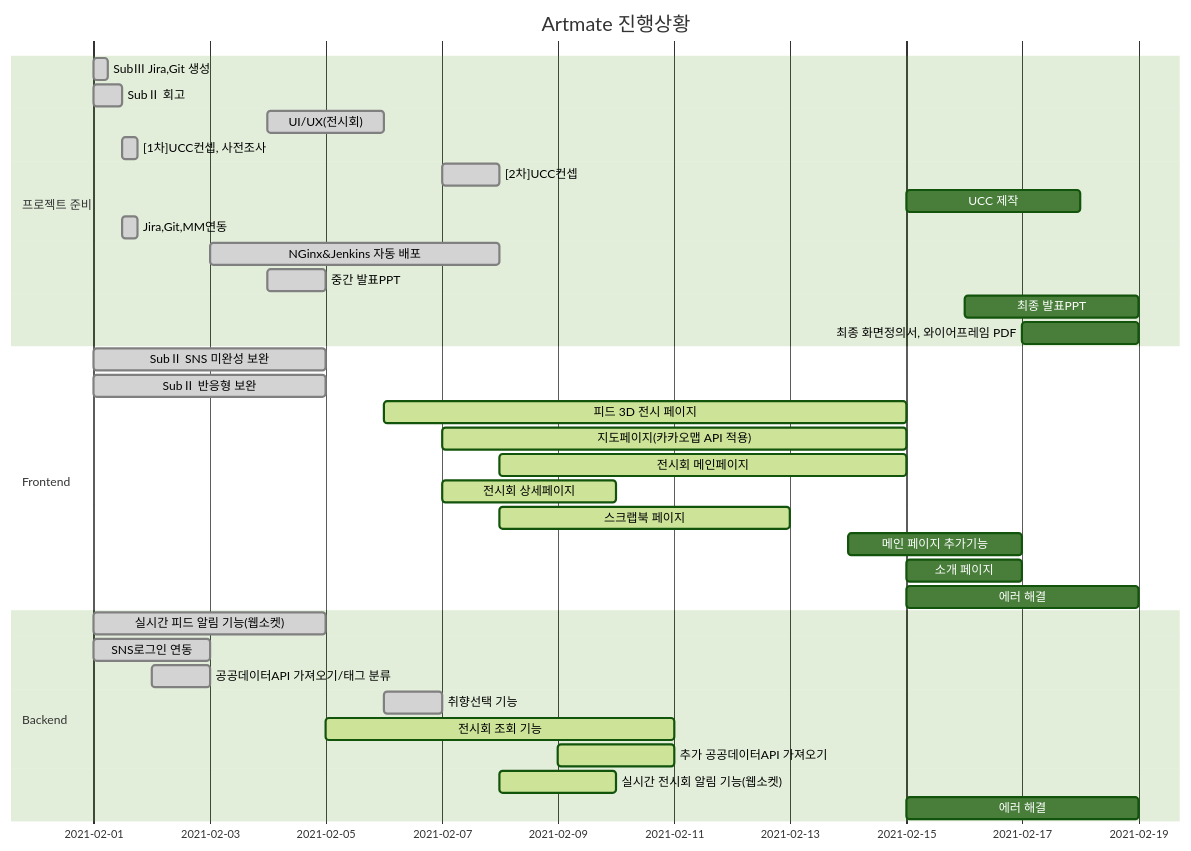
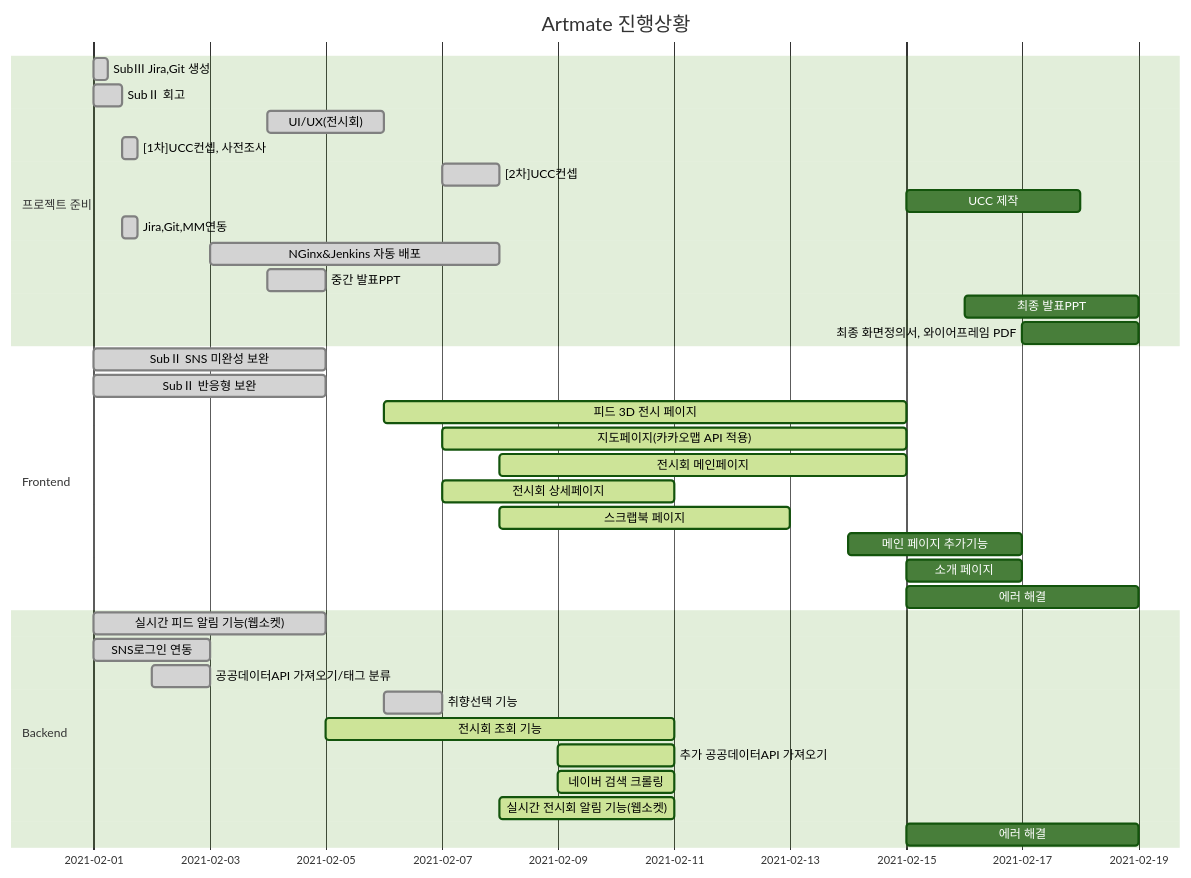
Before and after one commit to dovvn/Artmate-PJT: the diagram in README.md, drawn with Mermaid (forest theme).

Commit message:
README_0210: 오전 진행상황 업데이트

````diff
--- a/README.md
+++ b/README.md
@@ -21,44 +21,45 @@
 ```mermaid  
 gantt
     title Artmate 진행상황
     dateFormat  YYYY-MM-DD
     section 프로젝트 준비
     SubⅢ Jira,Git 생성  :done, 2021-02-01, 6h
     SubⅡ 회고          :done, p2,2021-02-01, 12h
     UI/UX(전시회)   :done,2021-02-04,2d
     [1차]UCC컨셉, 사전조사   :done,after p2,6h
     [2차]UCC컨셉   :done,2021-02-07,1d
     UCC 제작   :,2021-02-15,3d
 
     Jira,Git,MM연동   :done,after p2,6h
     NGinx&Jenkins 자동 배포 :done, 2021-02-03,5d
     중간 발표PPT: done,2021-02-04,1d
     최종 발표PPT: ,2021-02-16,3d
     최종 화면정의서, 와이어프레임 PDF: ,2021-02-17,2d
     
     
 
     section Frontend
     SubⅡ SNS 미완성 보완          :done, 2021-02-01, 4d
     SubⅡ 반응형 보완          :done, 2021-02-01, 4d
     피드 3D 전시 페이지   :active,2021-02-06,9d
     지도페이지(카카오맵 API 적용):active,2021-02-07, 8d
     전시회 메인페이지   :active,2021-02-08,7d
-    전시회 상세페이지   :active,2021-02-07,3d
+    전시회 상세페이지   :active,2021-02-07,4d
     스크랩북 페이지   :active,2021-02-08,5d
     메인 페이지 추가기능   :,2021-02-14,3d
     소개 페이지   :,2021-02-15,2d
     에러 해결   :,2021-02-15,4d
     
     
 
     section Backend
     실시간 피드 알림 기능(웹소켓)          :done, 2021-02-01, 4d
     SNS로그인 연동          :done, 2021-02-01, 2d
     공공데이터API 가져오기/태그 분류          :done, p1, 2021-02-02, 1d
     취향선택 기능:done,2021-02-06,1d
     전시회 조회 기능:active,2021-02-05,6d
     추가 공공데이터API 가져오기          :active, p1, 2021-02-09, 2d
-    실시간 전시회 알림 기능(웹소켓)          :active, 2021-02-08, 2d
+    네이버 검색 크롤링     :active, 2021-02-09,2d
+    실시간 전시회 알림 기능(웹소켓)          :active, 2021-02-08, 3d
     에러 해결   :,2021-02-15,4d
 ```
````
